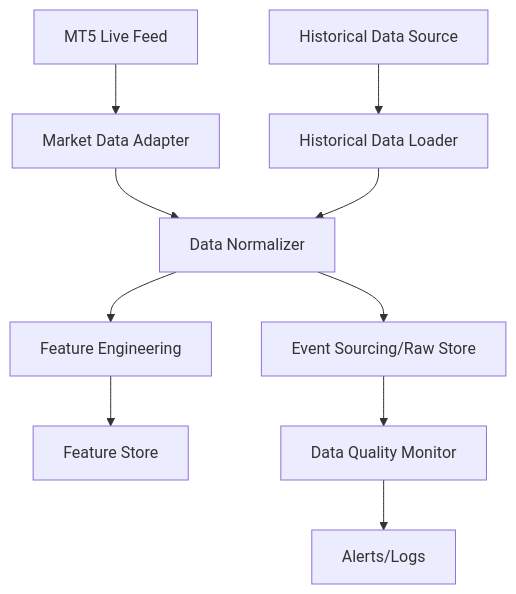
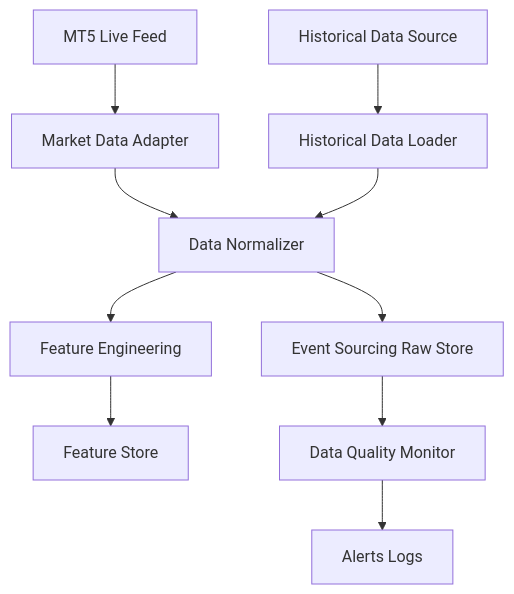
The first of 2 diagrams in docs/data_pipeline.md (TheHaywire/docs-mt5-python-algo-trading), drawn with Mermaid before and after one commit. The commit also changed 5 other files, not shown here.

Commit message:
Fix broken Mermaid diagrams - Remove special characters and parentheses from node labels

````diff
--- a/docs/data_pipeline.md
+++ b/docs/data_pipeline.md
@@ -5,12 +5,12 @@
 ```mermaid
 flowchart TD
     A[MT5 Live Feed] --> B[Market Data Adapter]
     C[Historical Data Source] --> D[Historical Data Loader]
     B --> E[Data Normalizer]
     D --> E
-    E --> F[Event Sourcing/Raw Store]
+    E --> F[Event Sourcing Raw Store]
     E --> G[Feature Engineering]
     G --> H[Feature Store]
     F --> I[Data Quality Monitor]
-    I --> J[Alerts/Logs]
+    I --> J[Alerts Logs]
 ```
````
